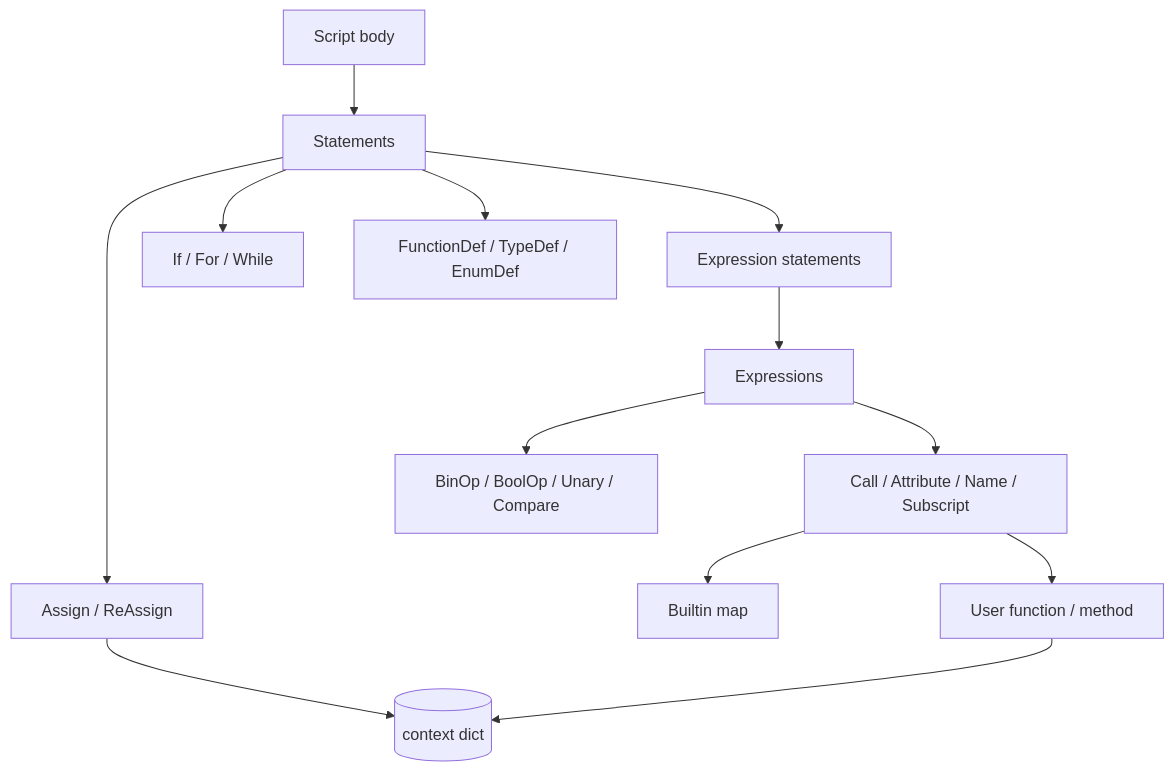
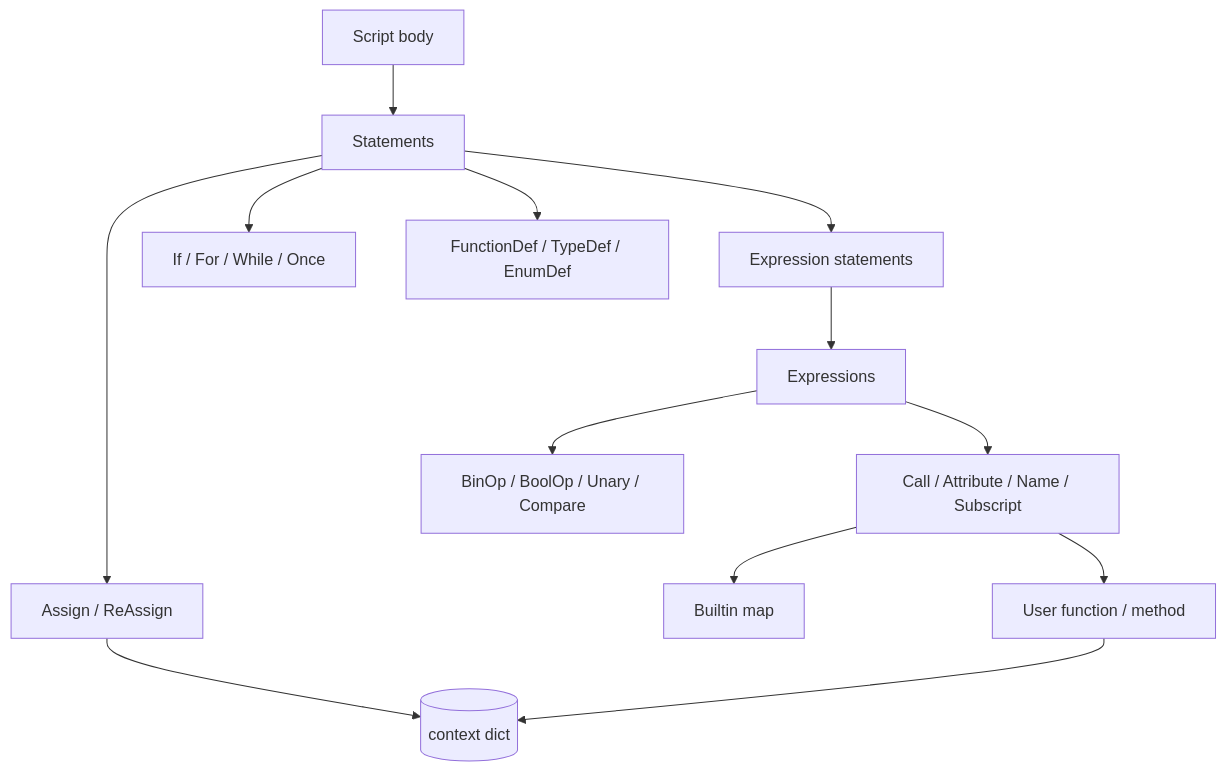
The diagram in docs/pyne/runtime/expressions-statements.mdx (hoox-sh/pyne), drawn with Mermaid before and after one commit. The commit also changed other lines of this file and 21 other files, not shown here.

````diff
--- a/docs/pyne/runtime/expressions-statements.mdx
+++ b/docs/pyne/runtime/expressions-statements.mdx
@@ -33,15 +33,15 @@
 ```mermaid
 flowchart TB
   Script[Script body] --> Stmt[Statements]
   Stmt --> Assign[Assign / ReAssign]
-  Stmt --> If[If / For / While]
+  Stmt --> If[If / For / While / Once]
   Stmt --> Def[FunctionDef / TypeDef / EnumDef]
   Stmt --> ExprStmt[Expression statements]
   ExprStmt --> Expr[Expressions]
   Expr --> BinOp[BinOp / BoolOp / Unary / Compare]
   Expr --> Call[Call / Attribute / Name / Subscript]
   Call --> Builtin[Builtin map]
   Call --> UserFn[User function / method]
   Assign --> Ctx[(context dict)]
   UserFn --> Ctx
 ```
````
